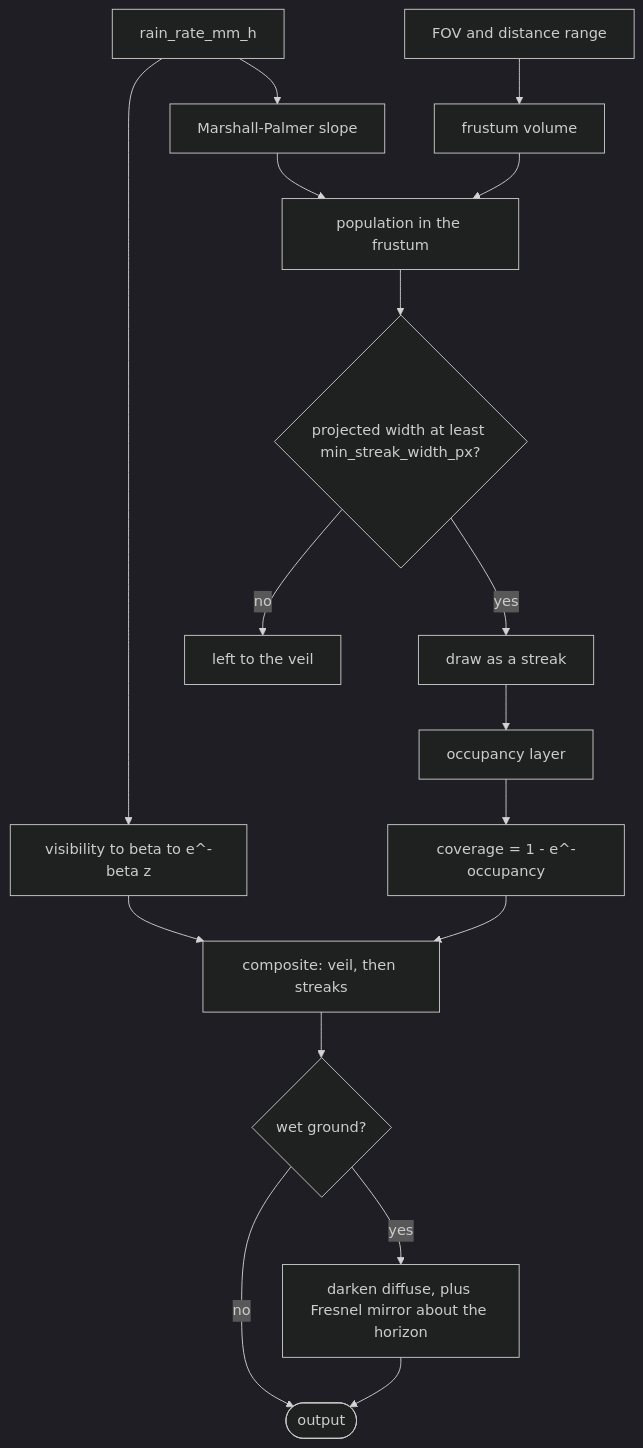
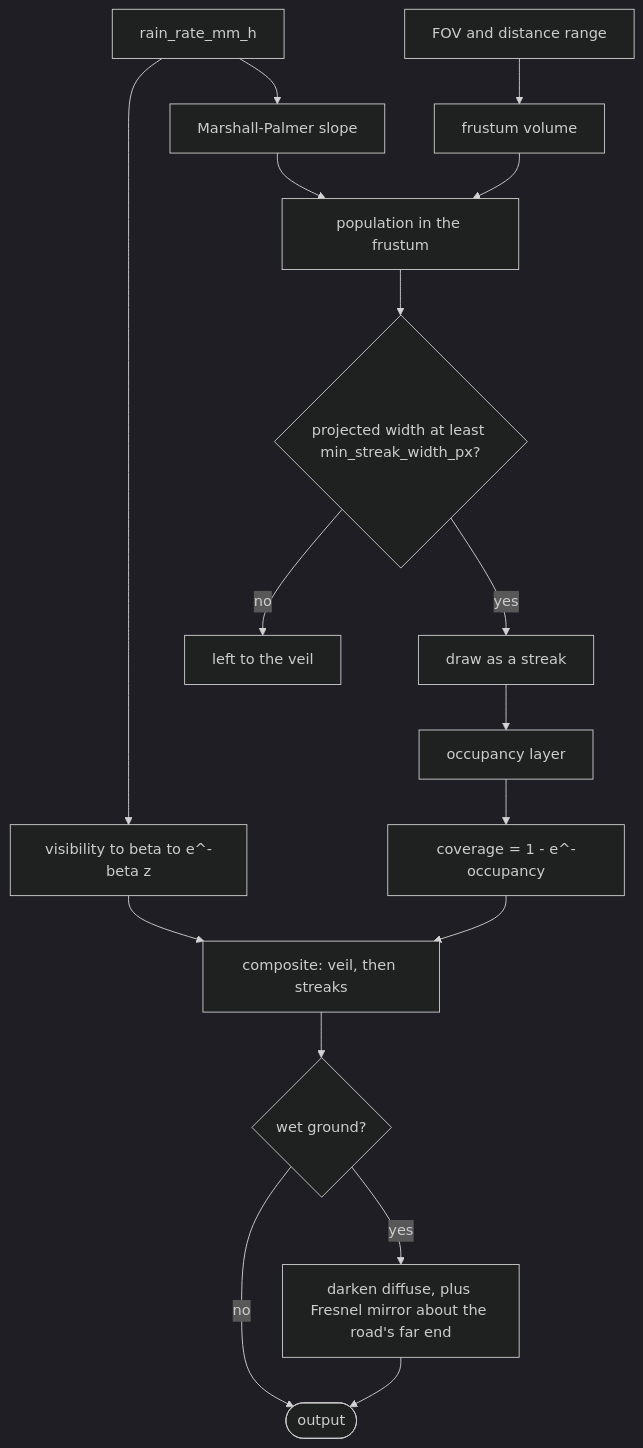
Before and after one commit to desmoteo/surmentations: the eighth of 19 diagrams in docs/how_it_works.md, drawn with Mermaid (dark theme). The commit also changed other lines of this file and 5 other files, not shown here.

First line of the commit message:
Document the reworked wet road, and draw night snow over settled snow

````diff
--- a/docs/how_it_works.md
+++ b/docs/how_it_works.md
@@ -244,19 +244,19 @@
 ```mermaid
 flowchart TD
     RATE["rain_rate_mm_h"] --> MP["Marshall-Palmer slope"]
     MP --> POP["population in the frustum"]
     GEO["FOV and distance range"] --> VOL["frustum volume"]
     VOL --> POP
     POP --> CUT{"projected width at least min_streak_width_px?"}
     CUT -->|yes| DRAW["draw as a streak"]
     CUT -->|no| VEILED["left to the veil"]
     DRAW --> OCC["occupancy layer"]
     OCC --> ALPHA["coverage = 1 - e^-occupancy"]
     RATE --> VIS["visibility to beta to e^-beta z"]
     VIS --> COMP["composite: veil, then streaks"]
     ALPHA --> COMP
     COMP --> WET{"wet ground?"}
-    WET -->|yes| FRESNEL["darken diffuse, plus Fresnel mirror about the horizon"]
+    WET -->|yes| FRESNEL["darken diffuse, plus Fresnel mirror about the road's far end"]
     WET -->|no| DONE([output])
     FRESNEL --> DONE
 ```
````
